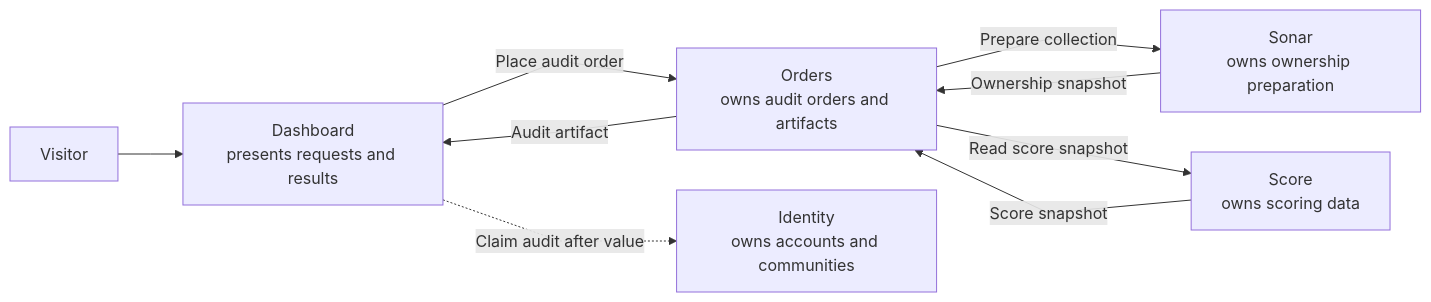
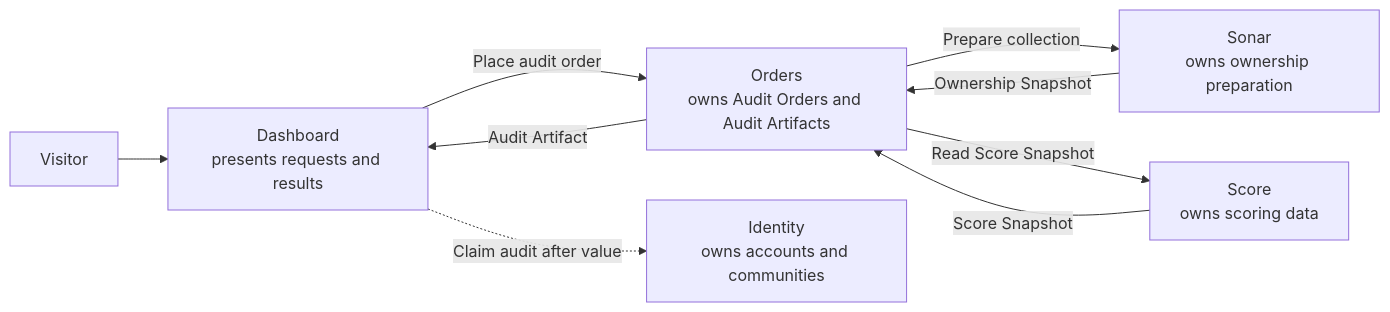
Before and after one commit to 0xHoneyJar/freeside-blueprint: the first of 2 diagrams in SYSTEM.md, drawn with Mermaid. The commit also changed other lines of this file and 2 other files, not shown here.

First line of the commit message:
Record golden-path surface and first Score blocker run receipt.

````diff
--- a/SYSTEM.md
+++ b/SYSTEM.md
@@ -14,29 +15,21 @@
 ```mermaid
-%%{init: {
-  "flowchart": {
-    "curve": "linear",
-    "nodeSpacing": 40,
-    "rankSpacing": 65
-  }
-}}%%
-
 flowchart LR
     V[Visitor]
     D[Dashboard<br/>presents requests and results]
-    O[Orders<br/>owns audit orders and artifacts]
+    O[Orders<br/>owns Audit Orders and Audit Artifacts]
     S[Sonar<br/>owns ownership preparation]
     C[Score<br/>owns scoring data]
     I[Identity<br/>owns accounts and communities]
 
     V --> D
     D -->|Place audit order| O
 
     O -->|Prepare collection| S
-    S -->|Ownership snapshot| O
+    S -->|Ownership Snapshot| O
 
-    O -->|Read score snapshot| C
-    C -->|Score snapshot| O
+    O -->|Read Score Snapshot| C
+    C -->|Score Snapshot| O
 
-    O -->|Audit artifact| D
+    O -->|Audit Artifact| D
     D -.->|Claim audit after value| I
 ```
````
